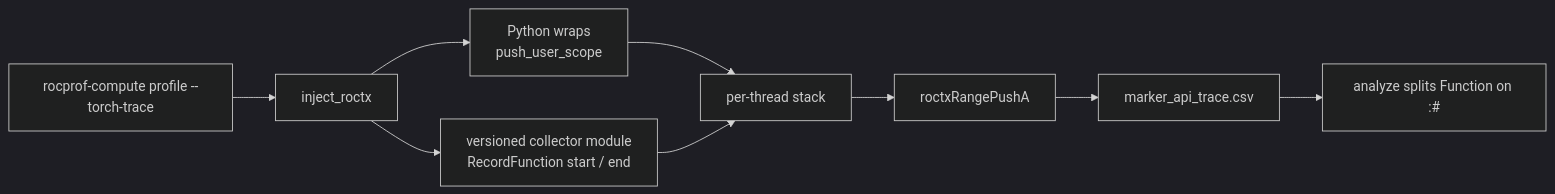
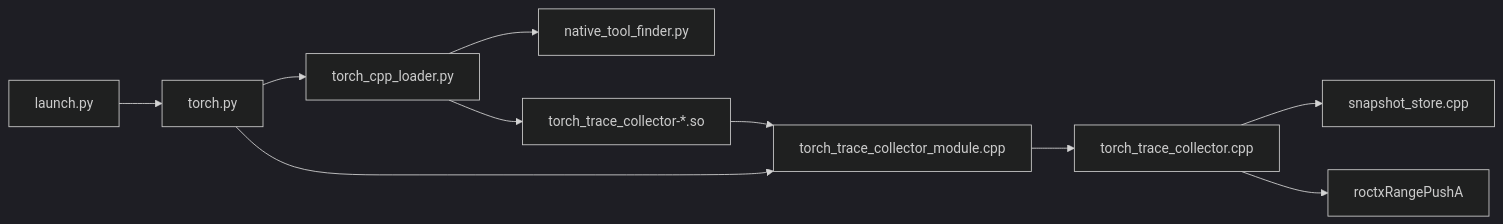
The first of 2 diagrams in projects/rocprofiler-compute/docs/design/lld-torch-trace-collector.md (ROCm/rocm-systems), drawn with Mermaid (dark theme) before and after one commit. The commit also changed other lines of this file and 1 other file, not shown here.

First line of the commit message:
Document torch-trace collector overlay, snapshot join, and load path.

````diff
--- a/projects/rocprofiler-compute/docs/design/lld-torch-trace-collector.md
+++ b/projects/rocprofiler-compute/docs/design/lld-torch-trace-collector.md
@@ -13,11 +11,12 @@
 ```mermaid
 flowchart LR
-  profile["rocprof-compute profile --torch-trace"] --> inject["inject_roctx"]
-  inject --> py["Python wraps<br/>push_user_scope"]
-  inject --> so["versioned collector module<br/>RecordFunction start / end"]
-  py --> tls["per-thread stack"]
-  so --> tls
-  tls --> roctx["roctxRangePushA"]
-  roctx --> csv["marker_api_trace.csv"]
-  csv --> analyze["analyze splits Function on :#"]
+  launch["launch.py"] --> torch["torch.py"]
+  torch --> loader["torch_cpp_loader.py"]
+  loader --> finder["native_tool_finder.py"]
+  loader --> so["torch_trace_collector-*.so"]
+  so --> module["torch_trace_collector_module.cpp"]
+  torch --> module
+  module --> core["torch_trace_collector.cpp"]
+  core --> snap["snapshot_store.cpp"]
+  core --> roctx["roctxRangePushA"]
 ```
````
